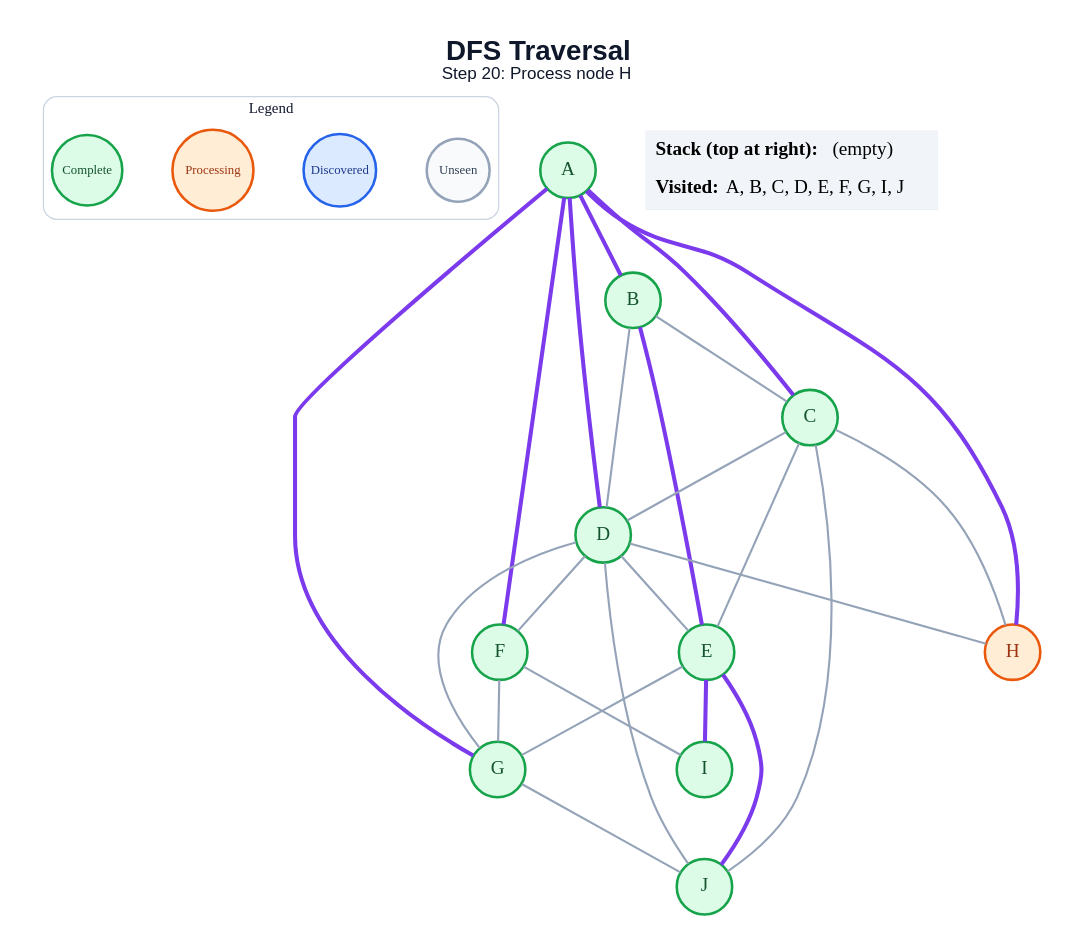
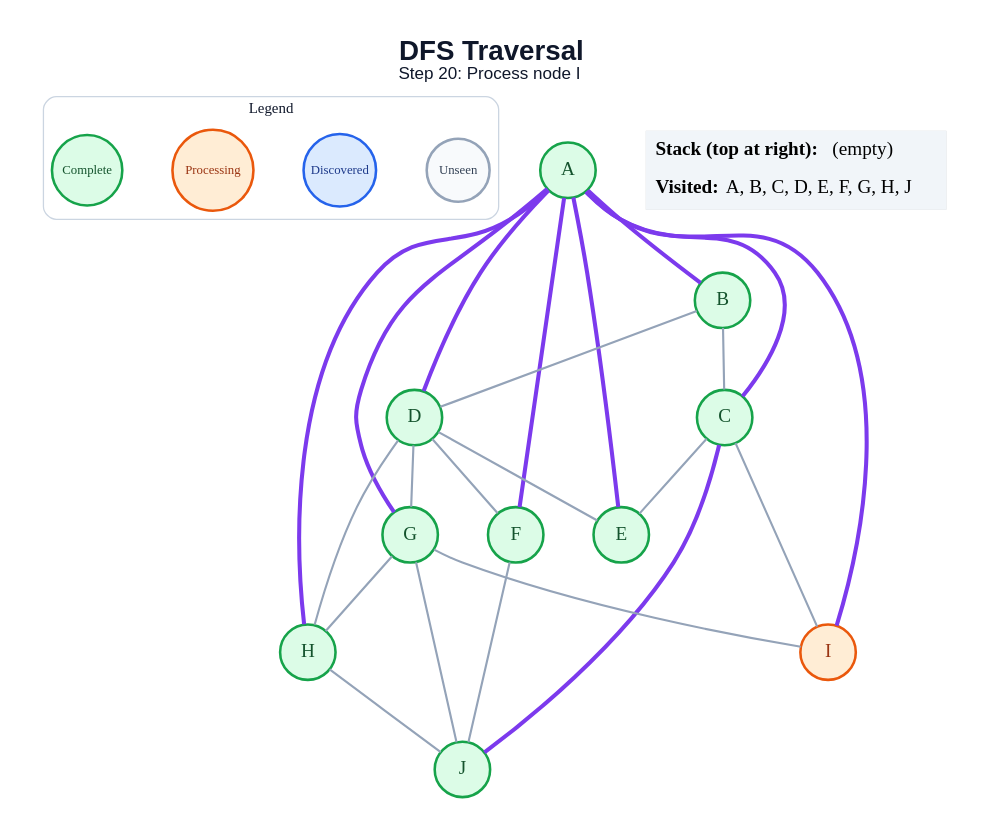
Before and after one commit to amanghodawala9/ai-slop: the diagram in generated/dfs/step_20.dot, drawn with Graphviz. The commit also changed 178 other files, not shown here.

```diff
--- a/generated/dfs/step_20.dot
+++ b/generated/dfs/step_20.dot
@@ -1,53 +1,51 @@
 graph traversal {
   graph [layout=dot, rankdir=TB, bgcolor="#FFFFFF", pad="0.35", nodesep="0.65", ranksep="0.8", fontname="Arial"];
   node [shape=circle, style="filled", fontname="Arial Bold", fontsize=18, width=0.72, fixedsize=true, penwidth=2.4];
   edge [color="#94A3B8", penwidth=2.0];
-  label=<<B>DFS Traversal</B><BR/><FONT POINT-SIZE="16">Step 20: Process node H</FONT>>; labelloc="t"; fontsize=26; fontname="Arial"; fontcolor="#0F172A";
+  label=<<B>DFS Traversal</B><BR/><FONT POINT-SIZE="16">Step 20: Process node I</FONT>>; labelloc="t"; fontsize=26; fontname="Arial"; fontcolor="#0F172A";
   subgraph cluster_legend { label="Legend"; color="#CBD5E1"; penwidth=1.2; style="rounded"; fontsize=14; fontname="Arial Bold";
     key_unseen [label="Unseen", fillcolor="#F8FAFC", color="#94A3B8", fontcolor="#334155", fontsize=12, width=0.82];
     key_frontier [label="Discovered", fillcolor="#DBEAFE", color="#2563EB", fontcolor="#1E3A8A", fontsize=12, width=0.95];
     key_current [label="Processing", fillcolor="#FFEDD5", color="#EA580C", fontcolor="#9A3412", fontsize=12, width=1.05];
     key_done [label="Complete", fillcolor="#DCFCE7", color="#16A34A", fontcolor="#14532D", fontsize=12, width=0.92];
     { rank=same; key_unseen; key_frontier; key_current; key_done; }
   }
   A [fillcolor="#DCFCE7", color="#16A34A", fontcolor="#14532D"];
   B [fillcolor="#DCFCE7", color="#16A34A", fontcolor="#14532D"];
   C [fillcolor="#DCFCE7", color="#16A34A", fontcolor="#14532D"];
   D [fillcolor="#DCFCE7", color="#16A34A", fontcolor="#14532D"];
   E [fillcolor="#DCFCE7", color="#16A34A", fontcolor="#14532D"];
   F [fillcolor="#DCFCE7", color="#16A34A", fontcolor="#14532D"];
   G [fillcolor="#DCFCE7", color="#16A34A", fontcolor="#14532D"];
-  H [fillcolor="#FFEDD5", color="#EA580C", fontcolor="#9A3412"];
-  I [fillcolor="#DCFCE7", color="#16A34A", fontcolor="#14532D"];
+  H [fillcolor="#DCFCE7", color="#16A34A", fontcolor="#14532D"];
+  I [fillcolor="#FFEDD5", color="#EA580C", fontcolor="#9A3412"];
   J [fillcolor="#DCFCE7", color="#16A34A", fontcolor="#14532D"];
   A -- B [color="#7C3AED", penwidth=3.8];
   A -- C [color="#7C3AED", penwidth=3.8];
   A -- D [color="#7C3AED", penwidth=3.8];
+  A -- E [color="#7C3AED", penwidth=3.8];
   A -- F [color="#7C3AED", penwidth=3.8];
   A -- G [color="#7C3AED", penwidth=3.8];
   A -- H [color="#7C3AED", penwidth=3.8];
+  A -- I [color="#7C3AED", penwidth=3.8];
   B -- C;
   B -- D;
-  B -- E [color="#7C3AED", penwidth=3.8];
-  C -- D;
   C -- E;
-  C -- H;
-  C -- J;
+  C -- I;
+  C -- J [color="#7C3AED", penwidth=3.8];
   D -- E;
   D -- F;
   D -- G;
   D -- H;
-  D -- J;
-  E -- G;
-  E -- I [color="#7C3AED", penwidth=3.8];
-  E -- J [color="#7C3AED", penwidth=3.8];
-  F -- G;
-  F -- I;
+  F -- J;
+  G -- H;
+  G -- I;
   G -- J;
+  H -- J;
   status [shape=plain, fixedsize=false, width=0, height=0, margin=0, label=<
     <TABLE BORDER="0" CELLBORDER="0" CELLPADDING="7" BGCOLOR="#F1F5F9">
       <TR><TD ALIGN="LEFT"><B>Stack (top at right):</B> (empty)</TD></TR>
-      <TR><TD ALIGN="LEFT"><B>Visited:</B> A, B, C, D, E, F, G, I, J</TD></TR>
+      <TR><TD ALIGN="LEFT"><B>Visited:</B> A, B, C, D, E, F, G, H, J</TD></TR>
     </TABLE>
   >];
 }
```
